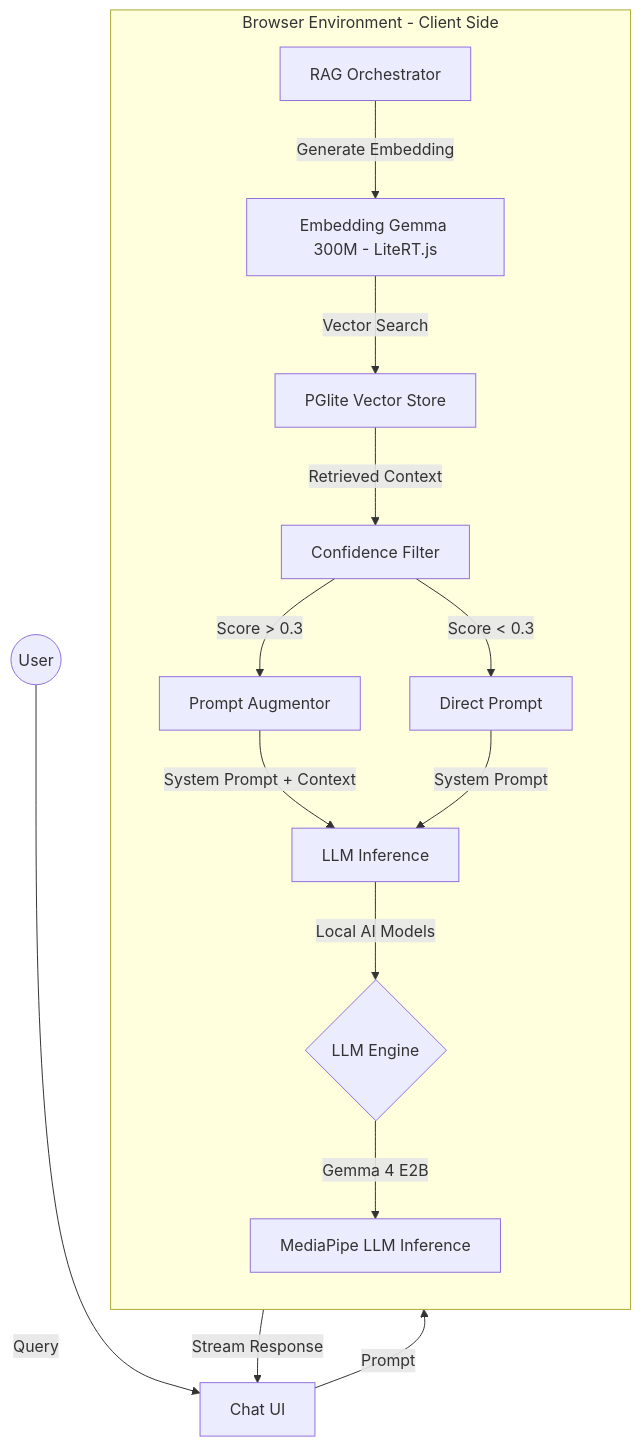
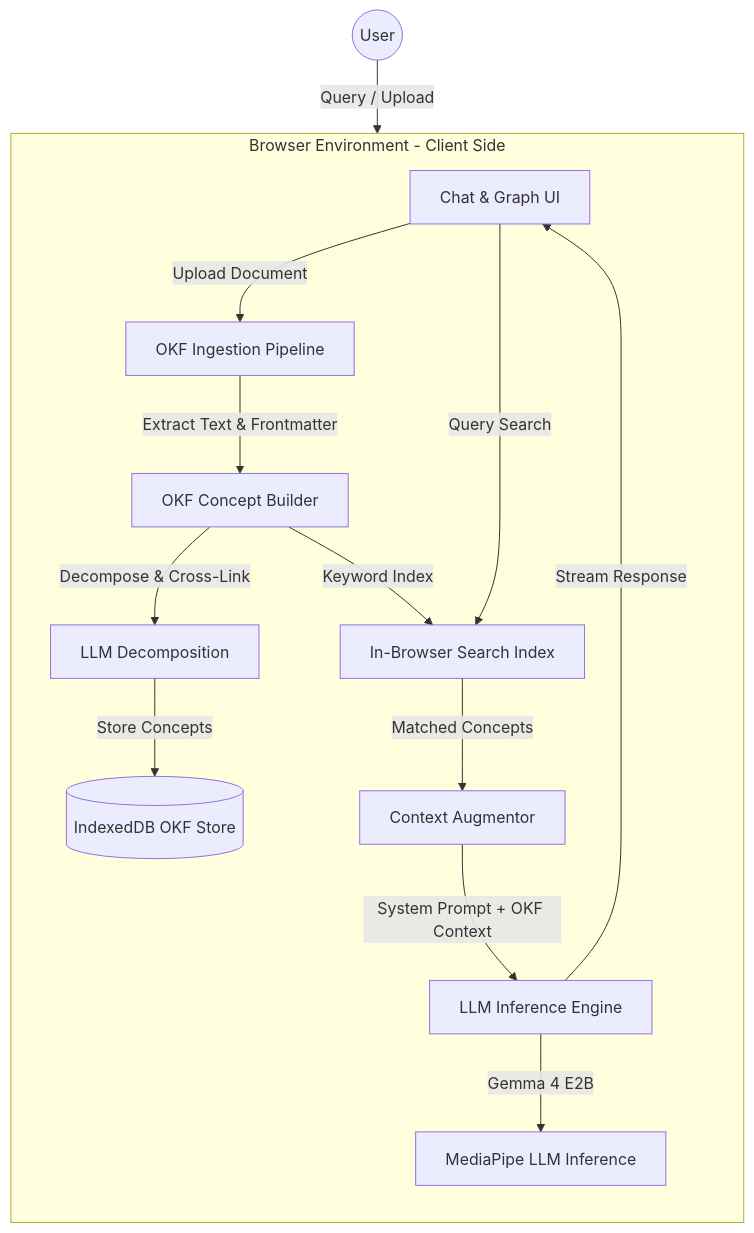
Before and after one commit to Buddhilive/buddhi-ai: the diagram in README.md, drawn with Mermaid. The commit also changed other lines of this file and 1 other file, not shown here.

````diff
--- a/README.md
+++ b/README.md
@@ -36,23 +37,21 @@
 ```mermaid
 graph TD
-    User((User)) -->|Query| UI[Chat UI]
-    UI -->|Prompt| RAG[RAG Orchestrator]
+    User((User)) -->|Query / Upload| UI[Chat & Graph UI]
     
     subgraph Browser_Environment [Browser Environment - Client Side]
         direction TB
-        RAG -->|Generate Embedding| EMB[Embedding Gemma 300M - LiteRT.js]
-        EMB -->|Vector Search| PGL[PGlite Vector Store]
-        PGL -->|Retrieved Context| CF[Confidence Filter]
+        UI -->|Upload Document| ING[OKF Ingestion Pipeline]
+        ING -->|Extract Text & Frontmatter| CON[OKF Concept Builder]
+        CON -->|Decompose & Cross-Link| DEC[LLM Decomposition]
+        DEC -->|Store Concepts| IDB[(IndexedDB OKF Store)]
+        CON -->|Keyword Index| IDX[In-Browser Search Index]
+
+        UI -->|Query Search| IDX
+        IDX -->|Matched Concepts| AUG[Context Augmentor]
         
-        CF -->|Score > 0.3| AUG[Prompt Augmentor]
-        CF -->|Score < 0.3| NO_AUG[Direct Prompt]
-        
-        AUG -->|System Prompt + Context| INF[LLM Inference]
-        NO_AUG -->|System Prompt| INF
-        
-        INF -->|Local AI Models| LLM{LLM Engine}
-        LLM -->|Gemma 4 E2B| MP[MediaPipe LLM Inference]
+        AUG -->|System Prompt + OKF Context| INF[LLM Inference Engine]
+        INF -->|Gemma 4 E2B| MP[MediaPipe LLM Inference]
     end
     
     INF -->|Stream Response| UI
 ```
````
